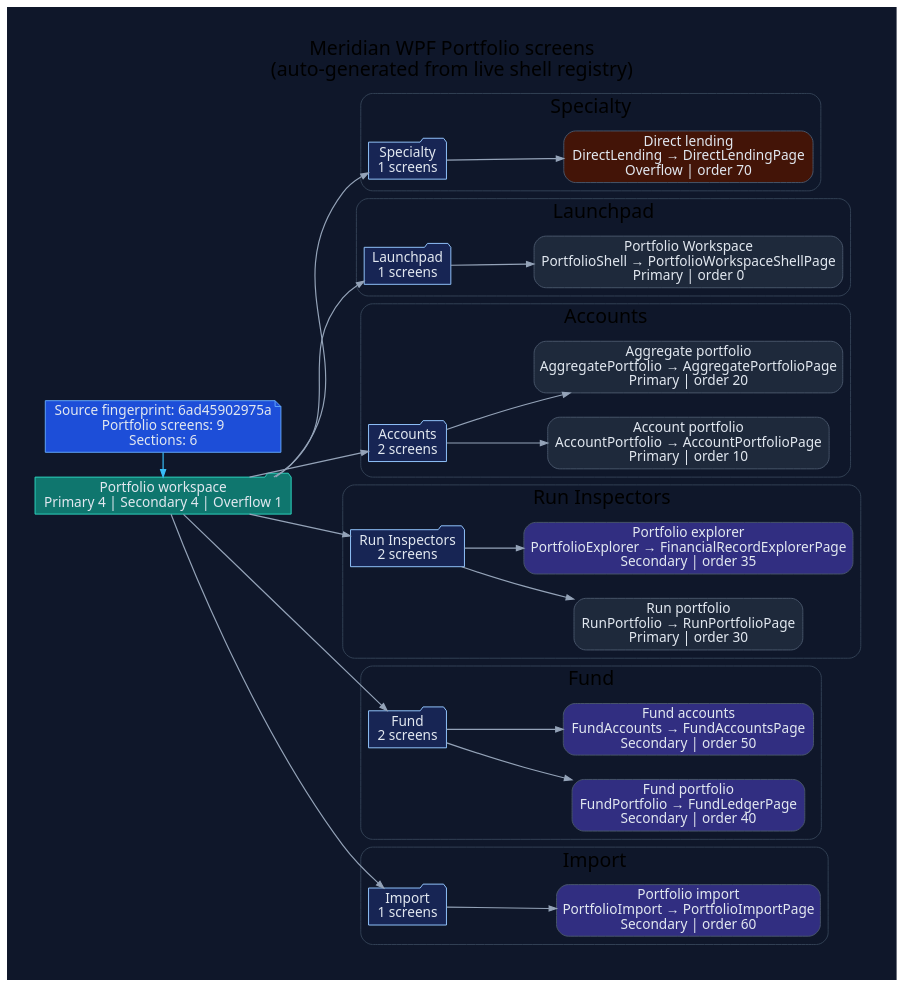
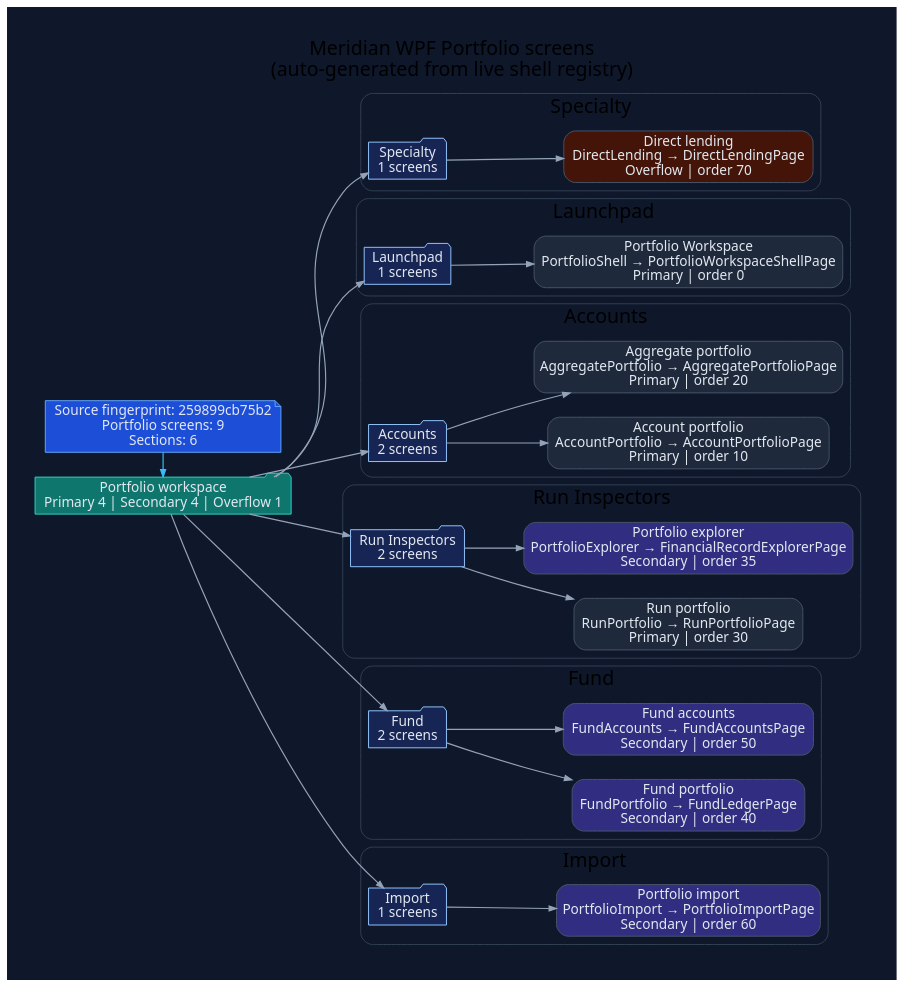
Before and after one commit to rodoHasArrived/Meridian-main: the diagram in docs/diagrams/ui/ui-wpf-screens-portfolio.dot, drawn with Graphviz. The commit also changed 183 other files, not shown here.

```diff
--- a/docs/diagrams/ui/ui-wpf-screens-portfolio.dot
+++ b/docs/diagrams/ui/ui-wpf-screens-portfolio.dot
@@ -1,92 +1,92 @@
 // -----------------------------------------------------------------------------
 // <auto-generated>
 // Generated by scripts/generate-diagrams.mjs.
 // Do not edit this file directly; update the WPF source files instead.
 // -----------------------------------------------------------------------------
 digraph WpfPortfolioScreens {
   graph [
     rankdir=LR,
     labelloc=t,
     label="Meridian WPF Portfolio screens\n(auto-generated from live shell registry)",
     fontname="Segoe UI",
     fontsize=20,
     pad=0.4,
     nodesep=0.35,
     ranksep=0.85,
     bgcolor="#0f172a"
   ];
   node [fontname="Segoe UI", shape=box, style="rounded,filled", color="#475569", fontcolor="#e2e8f0", fillcolor="#1e293b"];
   edge [fontname="Segoe UI", color="#94a3b8", penwidth=1.2, arrowsize=0.75];
 
-  generated [shape=note, fillcolor="#1d4ed8", color="#60a5fa", label="Source fingerprint: 6ad45902975a\nPortfolio screens: 9\nSections: 6"];
+  generated [shape=note, fillcolor="#1d4ed8", color="#60a5fa", label="Source fingerprint: 259899cb75b2\nPortfolio screens: 9\nSections: 6"];
   workspace [shape=folder, fillcolor="#0f766e", color="#2dd4bf", label="Portfolio workspace\nPrimary 4 | Secondary 4 | Overflow 1"];
   generated -> workspace [color="#38bdf8"];
 
   subgraph cluster_section_1 {
     label="Specialty";
     color="#334155";
     style="rounded";
     section_1 [shape=folder, fillcolor="#172554", color="#93c5fd", label="Specialty\n1 screens"];
     workspace -> section_1;
     screen_DirectLending [fillcolor="#431407", label="Direct lending\nDirectLending → DirectLendingPage\nOverflow | order 70"];
     section_1 -> screen_DirectLending;
   }
 
   subgraph cluster_section_2 {
     label="Launchpad";
     color="#334155";
     style="rounded";
     section_2 [shape=folder, fillcolor="#172554", color="#93c5fd", label="Launchpad\n1 screens"];
     workspace -> section_2;
     screen_PortfolioShell [fillcolor="#1e293b", label="Portfolio Workspace\nPortfolioShell → PortfolioWorkspaceShellPage\nPrimary | order 0"];
     section_2 -> screen_PortfolioShell;
   }
 
   subgraph cluster_section_3 {
     label="Accounts";
     color="#334155";
     style="rounded";
     section_3 [shape=folder, fillcolor="#172554", color="#93c5fd", label="Accounts\n2 screens"];
     workspace -> section_3;
     screen_AccountPortfolio [fillcolor="#1e293b", label="Account portfolio\nAccountPortfolio → AccountPortfolioPage\nPrimary | order 10"];
     section_3 -> screen_AccountPortfolio;
     screen_AggregatePortfolio [fillcolor="#1e293b", label="Aggregate portfolio\nAggregatePortfolio → AggregatePortfolioPage\nPrimary | order 20"];
     section_3 -> screen_AggregatePortfolio;
   }
 
   subgraph cluster_section_4 {
     label="Run Inspectors";
     color="#334155";
     style="rounded";
     section_4 [shape=folder, fillcolor="#172554", color="#93c5fd", label="Run Inspectors\n2 screens"];
     workspace -> section_4;
     screen_RunPortfolio [fillcolor="#1e293b", label="Run portfolio\nRunPortfolio → RunPortfolioPage\nPrimary | order 30"];
     section_4 -> screen_RunPortfolio;
     screen_PortfolioExplorer [fillcolor="#312e81", label="Portfolio explorer\nPortfolioExplorer → FinancialRecordExplorerPage\nSecondary | order 35"];
     section_4 -> screen_PortfolioExplorer;
   }
 
   subgraph cluster_section_5 {
     label="Fund";
     color="#334155";
     style="rounded";
     section_5 [shape=folder, fillcolor="#172554", color="#93c5fd", label="Fund\n2 screens"];
     workspace -> section_5;
     screen_FundPortfolio [fillcolor="#312e81", label="Fund portfolio\nFundPortfolio → FundLedgerPage\nSecondary | order 40"];
     section_5 -> screen_FundPortfolio;
     screen_FundAccounts [fillcolor="#312e81", label="Fund accounts\nFundAccounts → FundAccountsPage\nSecondary | order 50"];
     section_5 -> screen_FundAccounts;
   }
 
   subgraph cluster_section_6 {
     label="Import";
     color="#334155";
     style="rounded";
     section_6 [shape=folder, fillcolor="#172554", color="#93c5fd", label="Import\n1 screens"];
     workspace -> section_6;
     screen_PortfolioImport [fillcolor="#312e81", label="Portfolio import\nPortfolioImport → PortfolioImportPage\nSecondary | order 60"];
     section_6 -> screen_PortfolioImport;
   }
 
   { rank=min; generated; workspace; }
 }
```
